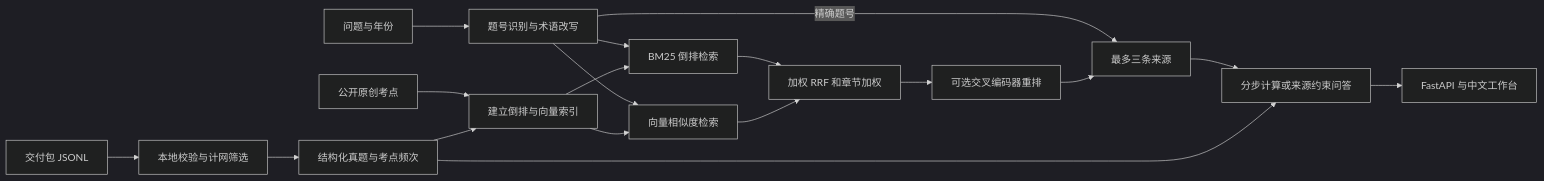
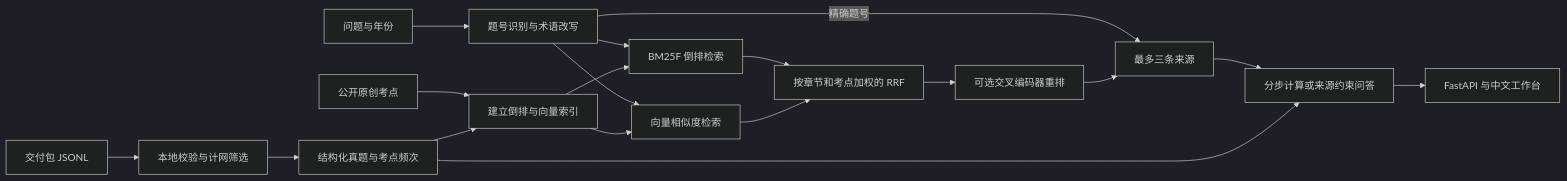
Before and after one commit to Zx1234567891/netrag-408: the diagram in docs/design.md, drawn with Mermaid (dark theme). The commit also changed other lines of this file and 20 other files, not shown here.

````diff
--- a/docs/design.md
+++ b/docs/design.md
@@ -5,20 +5,20 @@
 ```mermaid
 flowchart LR
     A[交付包 JSONL] --> B[本地校验与计网筛选]
     B --> C[结构化真题与考点频次]
     D[公开原创考点] --> E[建立倒排与向量索引]
     C --> E
     Q[问题与年份] --> N[题号识别与术语改写]
-    N --> K[BM25 倒排检索]
+    N --> K[BM25F 倒排检索]
     N --> V[向量相似度检索]
     E --> K
     E --> V
     N -->|精确题号| T[最多三条来源]
-    K --> R[加权 RRF 和章节加权]
+    K --> R[按章节和考点加权的 RRF]
     V --> R
     R --> S[可选交叉编码器重排]
     S --> T
     T --> G[分步计算或来源约束问答]
     C --> G
     G --> W[FastAPI 与中文工作台]
 ```
````
